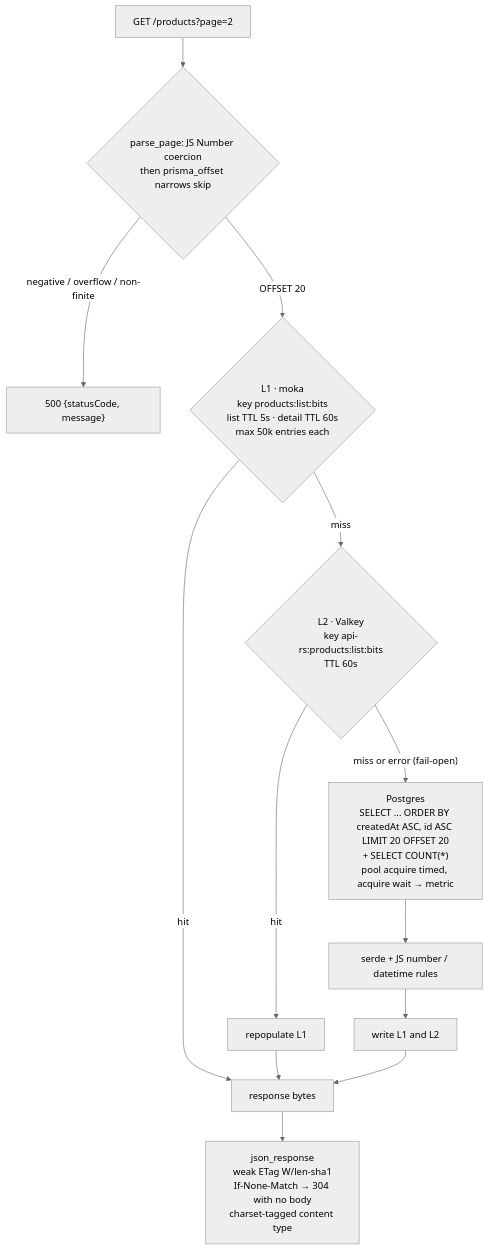
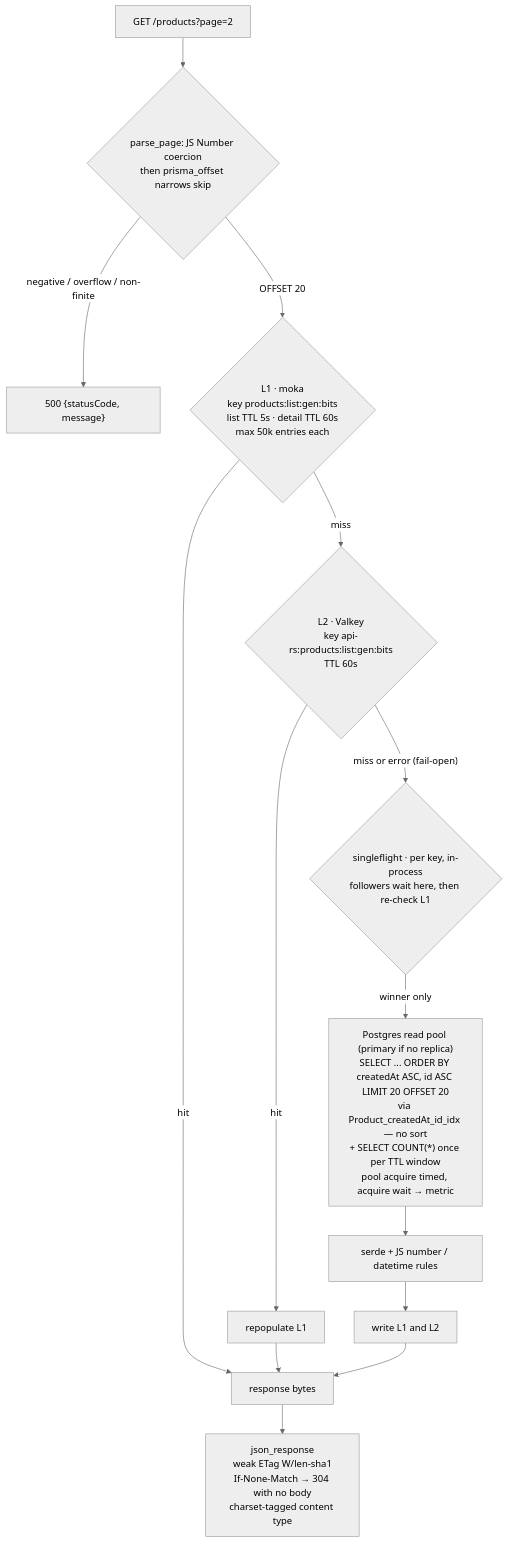
The third of 6 diagrams in api-rs/ARCHITECTURE.md (yamid-granda/react-native-and-web), drawn with Mermaid (neutral theme) before and after one commit. The commit also changed other lines of this file and 17 other files, not shown here.

First line of the commit message:
perf(api-rs): add read replica, singleflight, and list index

````diff
--- a/api-rs/ARCHITECTURE.md
+++ b/api-rs/ARCHITECTURE.md
@@ -156,14 +156,15 @@
 ```mermaid
 flowchart TD
     req["GET /products?page=2"] --> parse{"parse_page: JS Number coercion<br/>then prisma_offset narrows skip"}
     parse -->|"negative / overflow / non-finite"| e500["500 {statusCode, message}"]
-    parse -->|"OFFSET 20"| l1{"L1 · moka<br/>key products:list:bits<br/>list TTL 5s · detail TTL 60s<br/>max 50k entries each"}
+    parse -->|"OFFSET 20"| l1{"L1 · moka<br/>key products:list:gen:bits<br/>list TTL 5s · detail TTL 60s<br/>max 50k entries each"}
     l1 -->|"hit"| body["response bytes"]
-    l1 -->|"miss"| l2{"L2 · Valkey<br/>key api-rs:products:list:bits<br/>TTL 60s"}
+    l1 -->|"miss"| l2{"L2 · Valkey<br/>key api-rs:products:list:gen:bits<br/>TTL 60s"}
     l2 -->|"hit"| repop["repopulate L1"] --> body
-    l2 -->|"miss or error (fail-open)"| pg["Postgres<br/>SELECT ... ORDER BY createdAt ASC, id ASC LIMIT 20 OFFSET 20<br/>+ SELECT COUNT(*)<br/>pool acquire timed, acquire wait → metric"]
+    l2 -->|"miss or error (fail-open)"| flight{"singleflight · per key, in-process<br/>followers wait here, then re-check L1"}
+    flight -->|"winner only"| pg["Postgres read pool (primary if no replica)<br/>SELECT ... ORDER BY createdAt ASC, id ASC LIMIT 20 OFFSET 20<br/>via Product_createdAt_id_idx — no sort<br/>+ SELECT COUNT(*) once per TTL window<br/>pool acquire timed, acquire wait → metric"]
     pg --> ser["serde + JS number / datetime rules"]
     ser --> fill["write L1 and L2"]
     fill --> body
     body --> resp["json_response<br/>weak ETag W/len-sha1<br/>If-None-Match → 304 with no body<br/>charset-tagged content type"]
 ```
````
